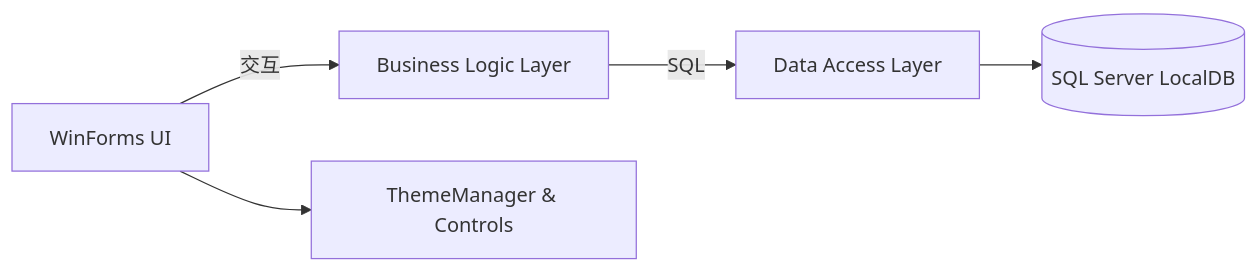
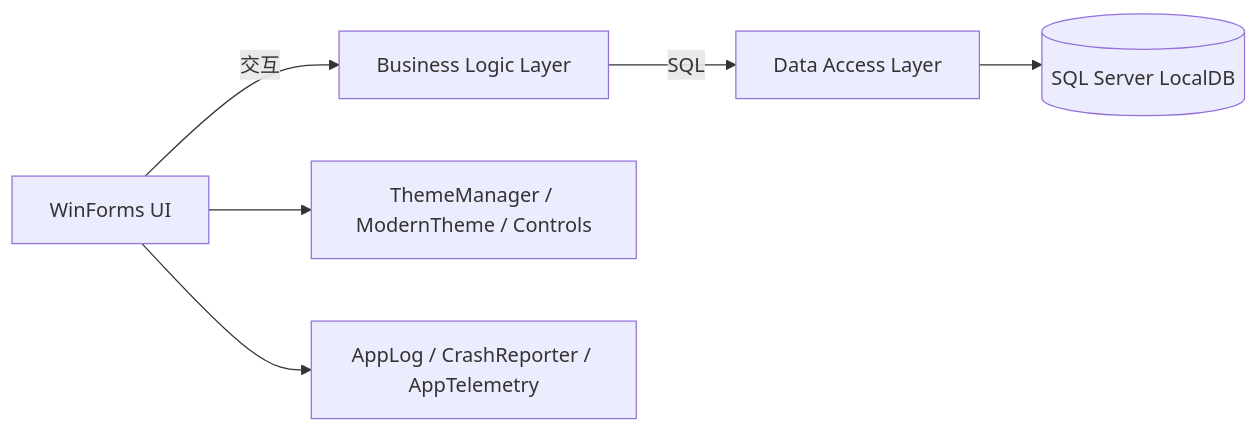
The diagram in README.md (TUR1412/MDMUI), drawn with Mermaid before and after one commit. The commit also changed other lines of this file and 13 other files, not shown here.

````diff
--- a/README.md
+++ b/README.md
@@ -38,8 +58,9 @@
 ```mermaid
 flowchart LR
   UI[WinForms UI] -->|交互| BLL[Business Logic Layer]
   BLL -->|SQL| DAL[Data Access Layer]
   DAL --> DB[(SQL Server LocalDB)]
 
-  UI --> Theme[ThemeManager & Controls]
+  UI --> Theme[ThemeManager / ModernTheme / Controls]
+  UI --> Obs[AppLog / CrashReporter / AppTelemetry]
 ```
````
